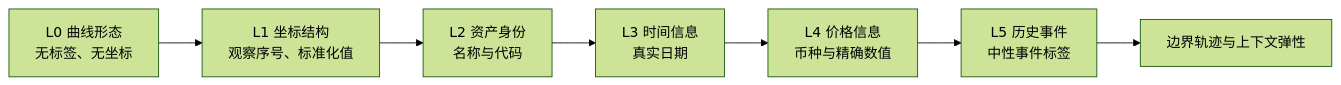
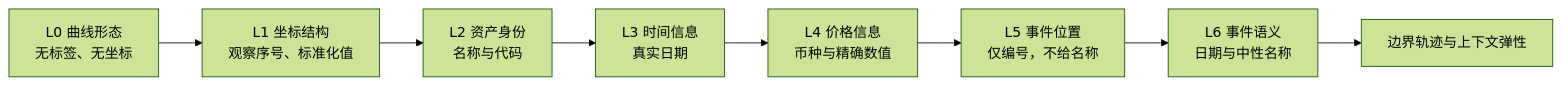
One commit to Zachary-Tu/blockchain-survey changed the diagram in docs/PROJECT_FRAMEWORK_ZH.md. Above: the diagram before and after it, drawn with Mermaid (forest theme). The commit also changed other lines of this file and 17 other files, not shown here.

````diff
--- a/docs/PROJECT_FRAMEWORK_ZH.md
+++ b/docs/PROJECT_FRAMEWORK_ZH.md
@@ -63,9 +63,10 @@
 ```mermaid
 flowchart LR
     L0["L0 曲线形态<br/>无标签、无坐标"] --> L1["L1 坐标结构<br/>观察序号、标准化值"]
     L1 --> L2["L2 资产身份<br/>名称与代码"]
     L2 --> L3["L3 时间信息<br/>真实日期"]
     L3 --> L4["L4 价格信息<br/>币种与精确数值"]
-    L4 --> L5["L5 历史事件<br/>中性事件标签"]
-    L5 --> R["边界轨迹与上下文弹性"]
+    L4 --> L5["L5 事件位置<br/>仅编号，不给名称"]
+    L5 --> L6["L6 事件语义<br/>日期与中性名称"]
+    L6 --> R["边界轨迹与上下文弹性"]
 ```
````
